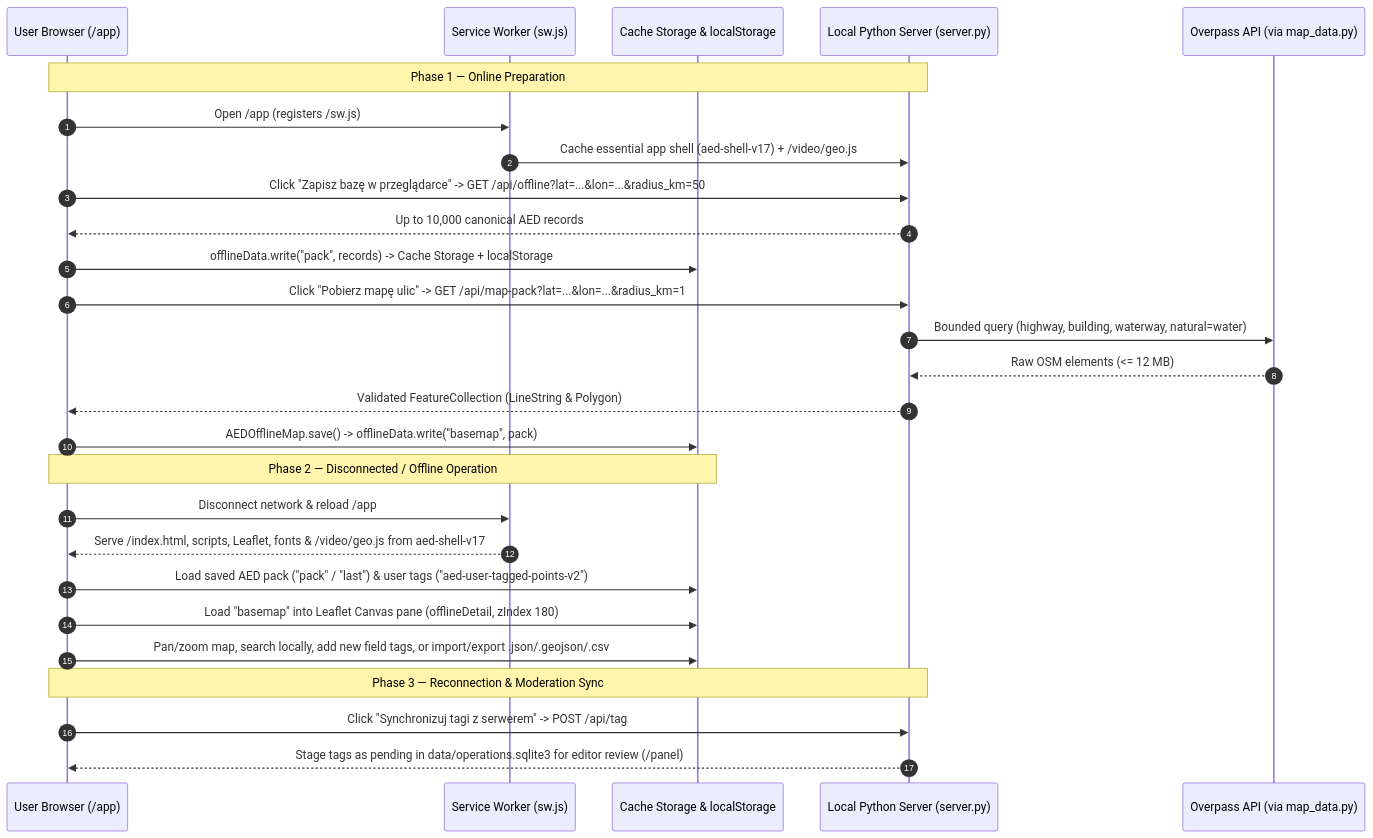
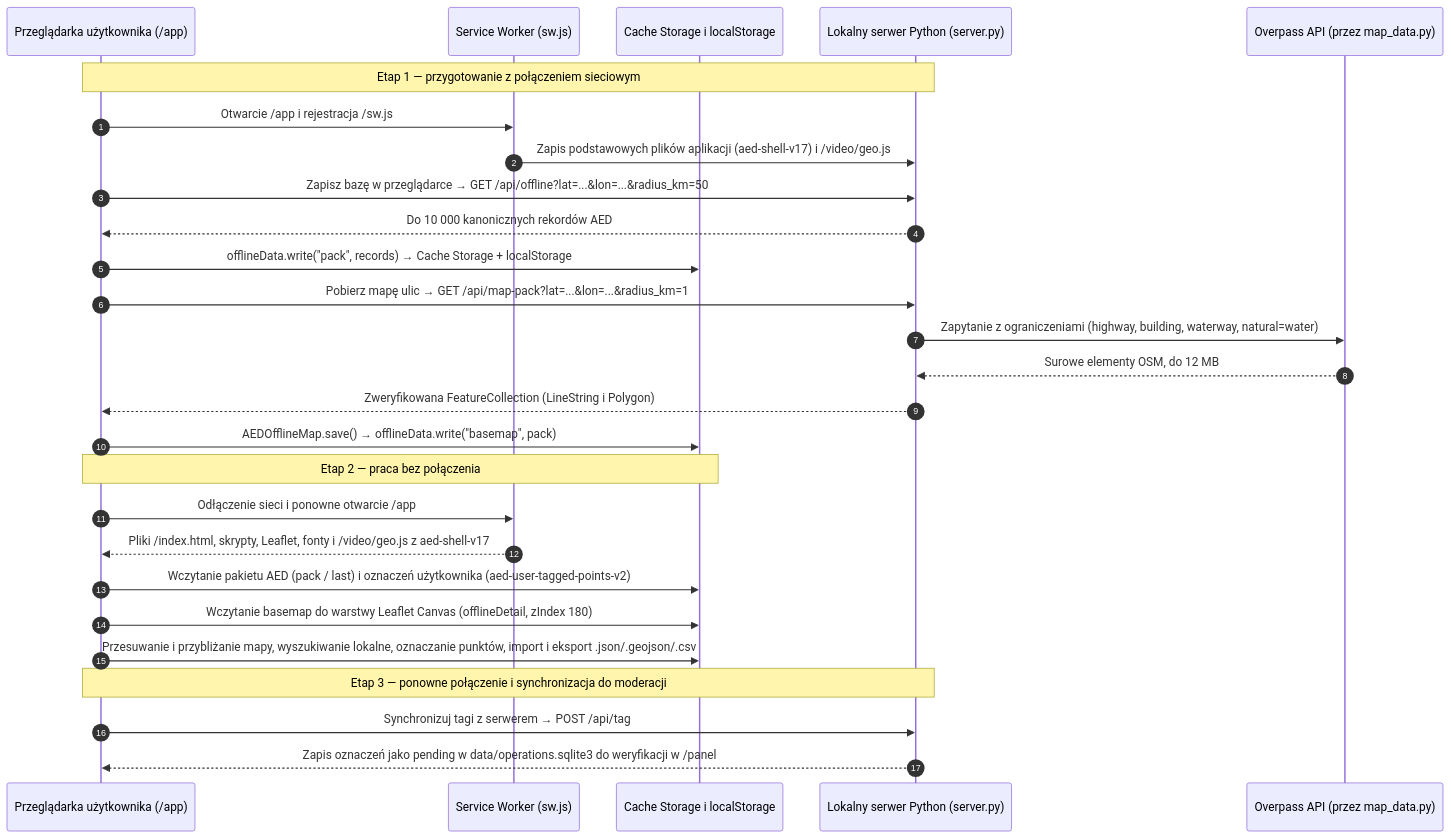
The sixth of 6 diagrams in README.md (RodrigoGaluppo/HACK_NATION_Serce_Okolicy), drawn with Mermaid before and after one commit. The commit also changed other lines of this file, not shown here.

````diff
--- a/README.md
+++ b/README.md
@@ -565,32 +596,32 @@
 ```mermaid
 sequenceDiagram
   autonumber
-  participant User as User Browser (/app)
+  participant User as Przeglądarka użytkownika (/app)
   participant SW as Service Worker (sw.js)
-  participant Cache as Cache Storage & localStorage
-  participant API as Local Python Server (server.py)
-  participant Overpass as Overpass API (via map_data.py)
+  participant Cache as Cache Storage i localStorage
+  participant API as Lokalny serwer Python (server.py)
+  participant Overpass as Overpass API (przez map_data.py)
 
-  Note over User,API: Phase 1 — Online Preparation
-  User->>SW: Open /app (registers /sw.js)
-  SW->>API: Cache essential app shell (aed-shell-v17) + /video/geo.js
-  User->>API: Click "Zapisz bazę w przeglądarce" -> GET /api/offline?lat=...&lon=...&radius_km=50
-  API-->>User: Up to 10,000 canonical AED records
-  User->>Cache: offlineData.write("pack", records) -> Cache Storage + localStorage
-  User->>API: Click "Pobierz mapę ulic" -> GET /api/map-pack?lat=...&lon=...&radius_km=1
-  API->>Overpass: Bounded query (highway, building, waterway, natural=water)
-  Overpass-->>API: Raw OSM elements (<= 12 MB)
-  API-->>User: Validated FeatureCollection (LineString & Polygon)
-  User->>Cache: AEDOfflineMap.save() -> offlineData.write("basemap", pack)
+  Note over User,API: Etap 1 — przygotowanie z połączeniem sieciowym
+  User->>SW: Otwarcie /app i rejestracja /sw.js
+  SW->>API: Zapis podstawowych plików aplikacji (aed-shell-v17) i /video/geo.js
+  User->>API: Zapisz bazę w przeglądarce → GET /api/offline?lat=...&lon=...&radius_km=50
+  API-->>User: Do 10 000 kanonicznych rekordów AED
+  User->>Cache: offlineData.write("pack", records) → Cache Storage + localStorage
+  User->>API: Pobierz mapę ulic → GET /api/map-pack?lat=...&lon=...&radius_km=1
+  API->>Overpass: Zapytanie z ograniczeniami (highway, building, waterway, natural=water)
+  Overpass-->>API: Surowe elementy OSM, do 12 MB
+  API-->>User: Zweryfikowana FeatureCollection (LineString i Polygon)
+  User->>Cache: AEDOfflineMap.save() → offlineData.write("basemap", pack)
 
-  Note over User,Cache: Phase 2 — Disconnected / Offline Operation
-  User->>SW: Disconnect network & reload /app
-  SW-->>User: Serve /index.html, scripts, Leaflet, fonts & /video/geo.js from aed-shell-v17
-  User->>Cache: Load saved AED pack ("pack" / "last") & user tags ("aed-user-tagged-points-v2")
-  User->>Cache: Load "basemap" into Leaflet Canvas pane (offlineDetail, zIndex 180)
-  User->>Cache: Pan/zoom map, search locally, add new field tags, or import/export .json/.geojson/.csv
+  Note over User,Cache: Etap 2 — praca bez połączenia
+  User->>SW: Odłączenie sieci i ponowne otwarcie /app
+  SW-->>User: Pliki /index.html, skrypty, Leaflet, fonty i /video/geo.js z aed-shell-v17
+  User->>Cache: Wczytanie pakietu AED (pack / last) i oznaczeń użytkownika (aed-user-tagged-points-v2)
+  User->>Cache: Wczytanie basemap do warstwy Leaflet Canvas (offlineDetail, zIndex 180)
+  User->>Cache: Przesuwanie i przybliżanie mapy, wyszukiwanie lokalne, oznaczanie punktów, import i eksport .json/.geojson/.csv
 
-  Note over User,API: Phase 3 — Reconnection & Moderation Sync
-  User->>API: Click "Synchronizuj tagi z serwerem" -> POST /api/tag
-  API-->>User: Stage tags as pending in data/operations.sqlite3 for editor review (/panel)
+  Note over User,API: Etap 3 — ponowne połączenie i synchronizacja do moderacji
+  User->>API: Synchronizuj tagi z serwerem → POST /api/tag
+  API-->>User: Zapis oznaczeń jako pending w data/operations.sqlite3 do weryfikacji w /panel
 ```
````
